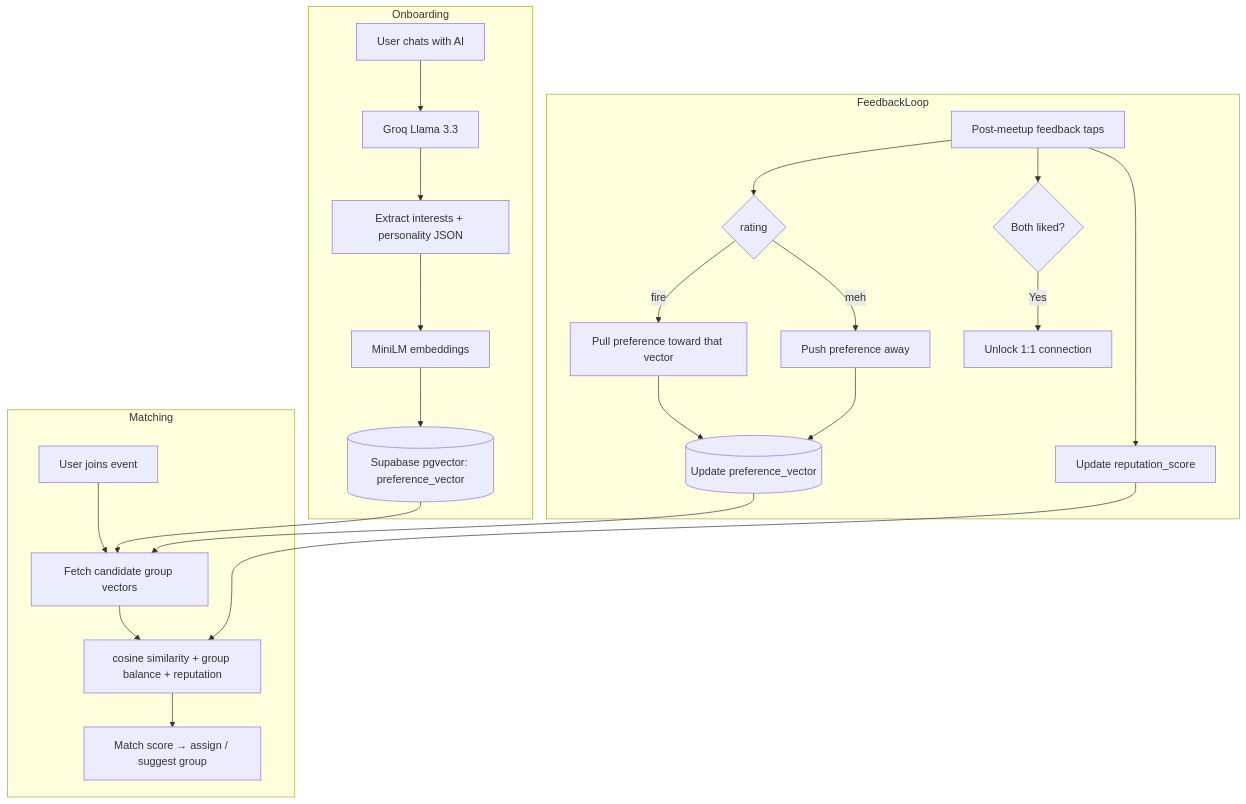
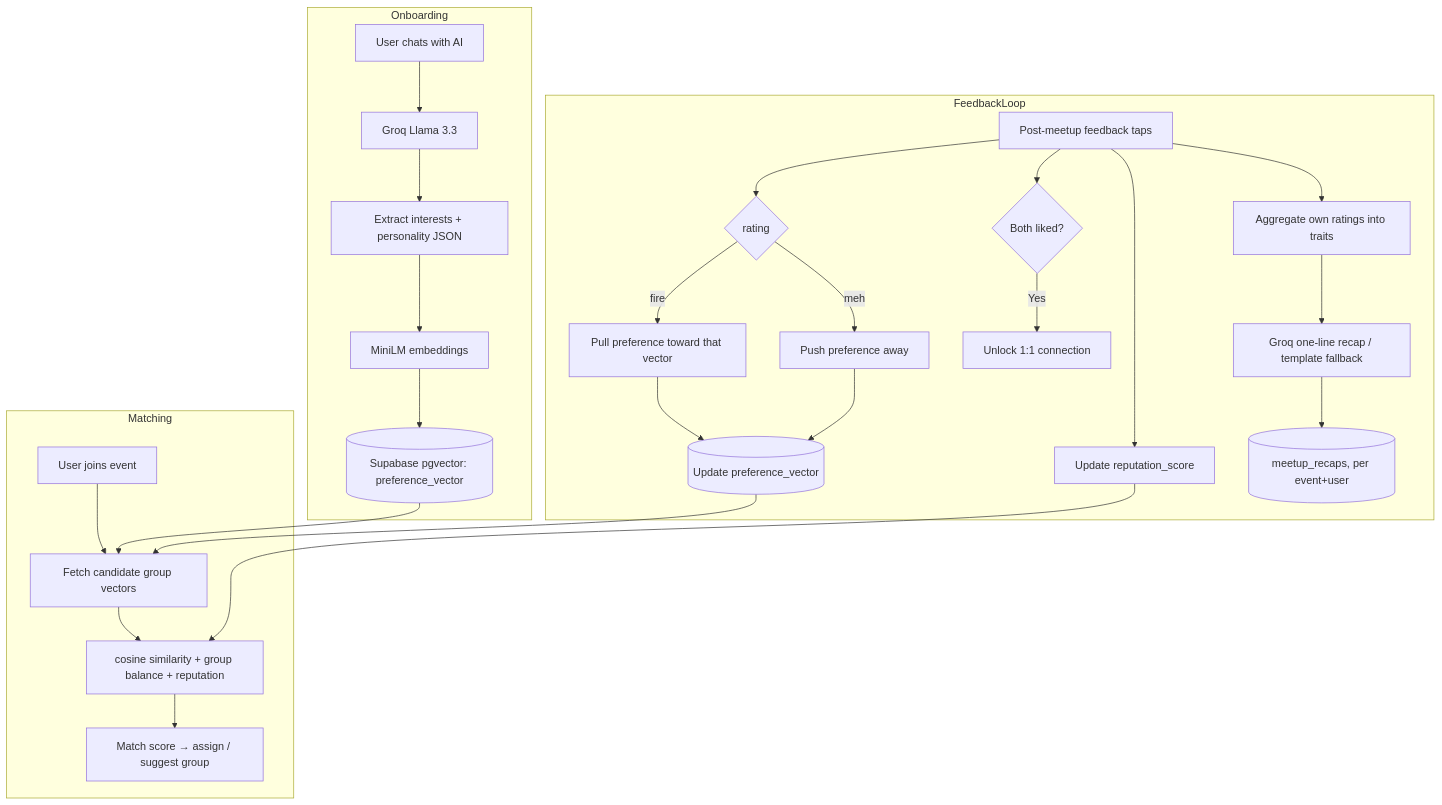
One commit to Sid1125/Atsumaru changed the second of 2 diagrams in docs/API_STRUCTURE.md. Above: the diagram before and after it, drawn with Mermaid. The commit also changed other lines of this file and 24 other files, not shown here.

First line of the commit message:
feat(recap): AI vibe recap after a meetup

````diff
--- a/docs/API_STRUCTURE.md
+++ b/docs/API_STRUCTURE.md
@@ -234,30 +247,33 @@
 ```mermaid
 flowchart TD
     subgraph Onboarding
         A1[User chats with AI] --> A2[Groq Llama 3.3]
         A2 --> A3[Extract interests + personality JSON]
         A3 --> A4[MiniLM embeddings]
         A4 --> A5[(Supabase pgvector: preference_vector)]
     end
 
     subgraph Matching
         B1[User joins event] --> B2[Fetch candidate group vectors]
         B2 --> B3[cosine similarity + group balance + reputation]
         B3 --> B4[Match score → assign / suggest group]
     end
 
     subgraph FeedbackLoop
         C1[Post-meetup feedback taps] --> C2{rating}
         C2 -- fire --> C3[Pull preference toward that vector]
         C2 -- meh --> C4[Push preference away]
         C3 --> C5[(Update preference_vector)]
         C4 --> C5
         C1 --> C6[Update reputation_score]
         C1 --> C7{Both liked?}
         C7 -- Yes --> C8[Unlock 1:1 connection]
+        C1 --> C9[Aggregate own ratings into traits]
+        C9 --> C10[Groq one-line recap / template fallback]
+        C10 --> C11[(meetup_recaps, per event+user)]
     end
 
     A5 --> B2
     C5 --> B2
     C6 --> B3
 ```
````
